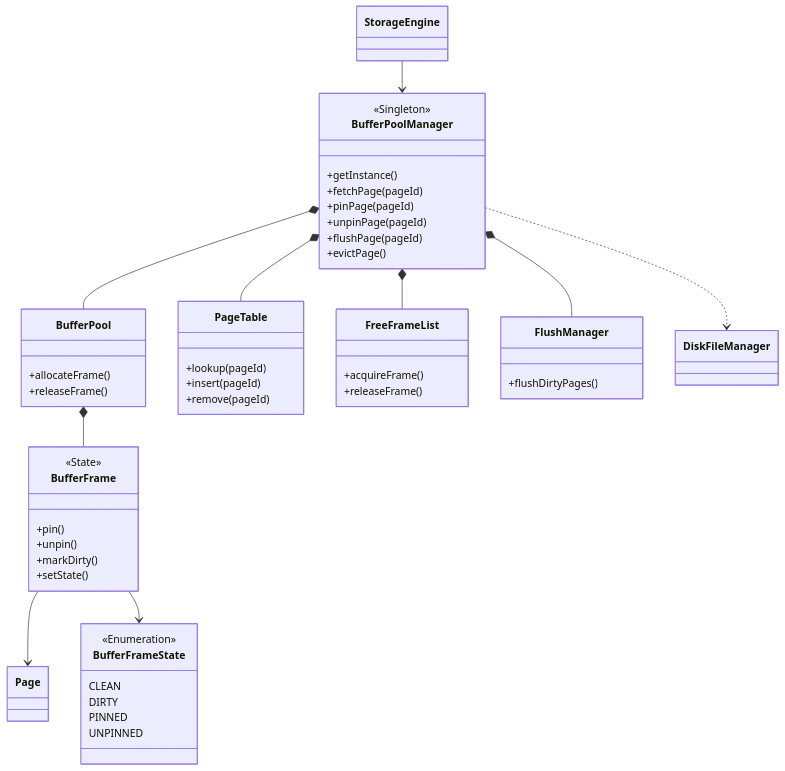
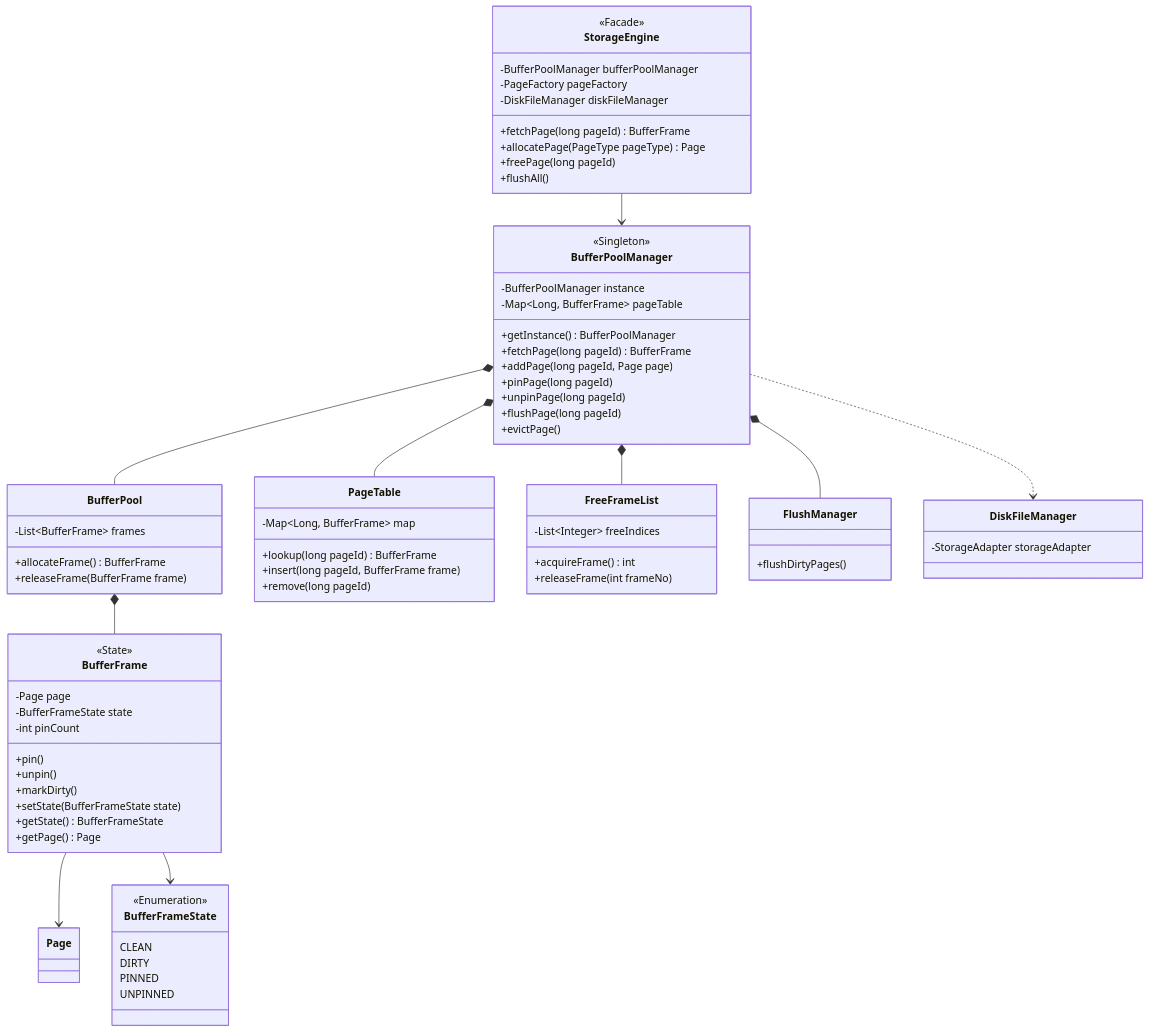
Before and after one commit to Dikhang1112/Database_Management_BBV: the diagram in docs/class_diagram/storage_engine/detail/BufferPoolManagement.md, drawn with Mermaid. The commit also changed 36 other files, not shown here.

Commit message:
Done demo and implment code for storage engine

```diff
--- a/docs/class_diagram/storage_engine/detail/BufferPoolManagement.md
+++ b/docs/class_diagram/storage_engine/detail/BufferPoolManagement.md
@@ -6,57 +6,79 @@
 %% BUFFER POOL MANAGEMENT (Singleton & State Pattern)
 %% =====================================================
 
-class StorageEngine
+class StorageEngine{
+    <<Facade>>
+    -BufferPoolManager bufferPoolManager
+    -PageFactory pageFactory
+    -DiskFileManager diskFileManager
+    +fetchPage(long pageId) BufferFrame
+    +allocatePage(PageType pageType) Page
+    +freePage(long pageId)
+    +flushAll()
+}
 
 class BufferPoolManager{
-<<Singleton>>
-+getInstance()
-+fetchPage(pageId)
-+pinPage(pageId)
-+unpinPage(pageId)
-+flushPage(pageId)
-+evictPage()
+    <<Singleton>>
+    -BufferPoolManager instance
+    -Map~Long, BufferFrame~ pageTable
+    +getInstance() BufferPoolManager
+    +fetchPage(long pageId) BufferFrame
+    +addPage(long pageId, Page page)
+    +pinPage(long pageId)
+    +unpinPage(long pageId)
+    +flushPage(long pageId)
+    +evictPage()
 }
 
 class BufferPool{
-+allocateFrame()
-+releaseFrame()
+    -List~BufferFrame~ frames
+    +allocateFrame() BufferFrame
+    +releaseFrame(BufferFrame frame)
 }
 
 class BufferFrame{
-<<State>>
-+pin()
-+unpin()
-+markDirty()
-+setState()
+    <<State>>
+    -Page page
+    -BufferFrameState state
+    -int pinCount
+    +pin()
+    +unpin()
+    +markDirty()
+    +setState(BufferFrameState state)
+    +getState() BufferFrameState
+    +getPage() Page
 }
 
 class BufferFrameState{
-<<Enumeration>>
-CLEAN
-DIRTY
-PINNED
-UNPINNED
+    <<Enumeration>>
+    CLEAN
+    DIRTY
+    PINNED
+    UNPINNED
 }
 
 class PageTable{
-+lookup(pageId)
-+insert(pageId)
-+remove(pageId)
+    -Map~Long, BufferFrame~ map
+    +lookup(long pageId) BufferFrame
+    +insert(long pageId, BufferFrame frame)
+    +remove(long pageId)
 }
 
 class FreeFrameList{
-+acquireFrame()
-+releaseFrame()
+    -List~Integer~ freeIndices
+    +acquireFrame() int
+    +releaseFrame(int frameNo)
 }
 
 class FlushManager{
-+flushDirtyPages()
+    +flushDirtyPages()
 }
 
 class Page
 
-class DiskFileManager
+class DiskFileManager{
+    -StorageAdapter storageAdapter
+}
 
 %% =====================================================
 %% RELATIONSHIPS
```
